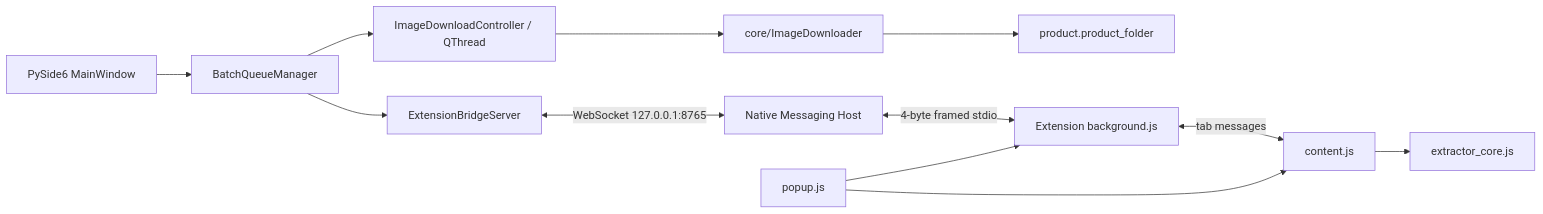
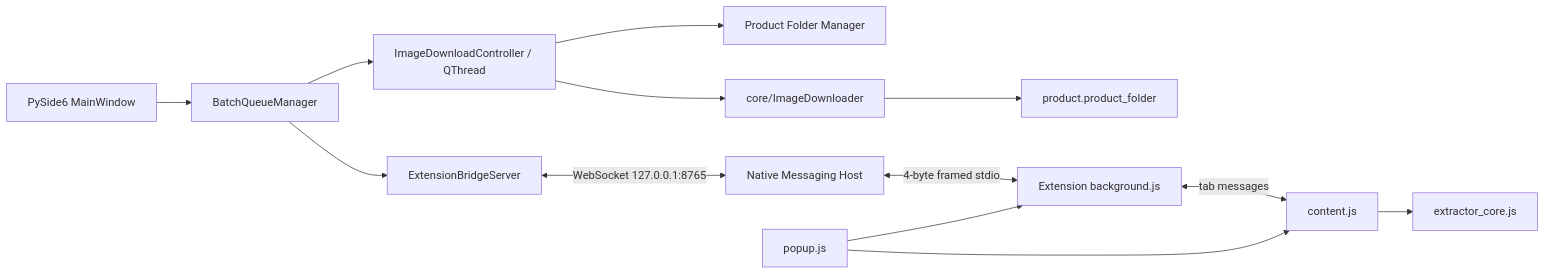
Before and after one commit to khonghung-dev/download-image-shopee: the diagram in docs/ARCHITECTURE.md, drawn with Mermaid. The commit also changed other lines of this file and 12 other files, not shown here.

````diff
--- a/docs/ARCHITECTURE.md
+++ b/docs/ARCHITECTURE.md
@@ -7,14 +7,15 @@
 ```mermaid
 flowchart LR
     UI[PySide6 MainWindow] --> Queue[BatchQueueManager]
-    Queue --> DownloadWorker[ImageDownloadController / QThread]
-    DownloadWorker --> Downloader[core/ImageDownloader]
-    Downloader --> ProductFolder[product.product_folder]
+    Queue --> ProductWorker[ImageDownloadController / QThread]
+    ProductWorker --> ProductFolder[Product Folder Manager]
+    ProductWorker --> Downloader[core/ImageDownloader]
+    Downloader --> ProductPath[product.product_folder]
     Queue --> Bridge[ExtensionBridgeServer]
     Bridge <-->|WebSocket 127.0.0.1:8765| Host[Native Messaging Host]
     Host <-->|4-byte framed stdio| Background[Extension background.js]
     Background <-->|tab messages| Content[content.js]
     Content --> Core[extractor_core.js]
     Popup[popup.js] --> Background
     Popup --> Content
 ```
````
